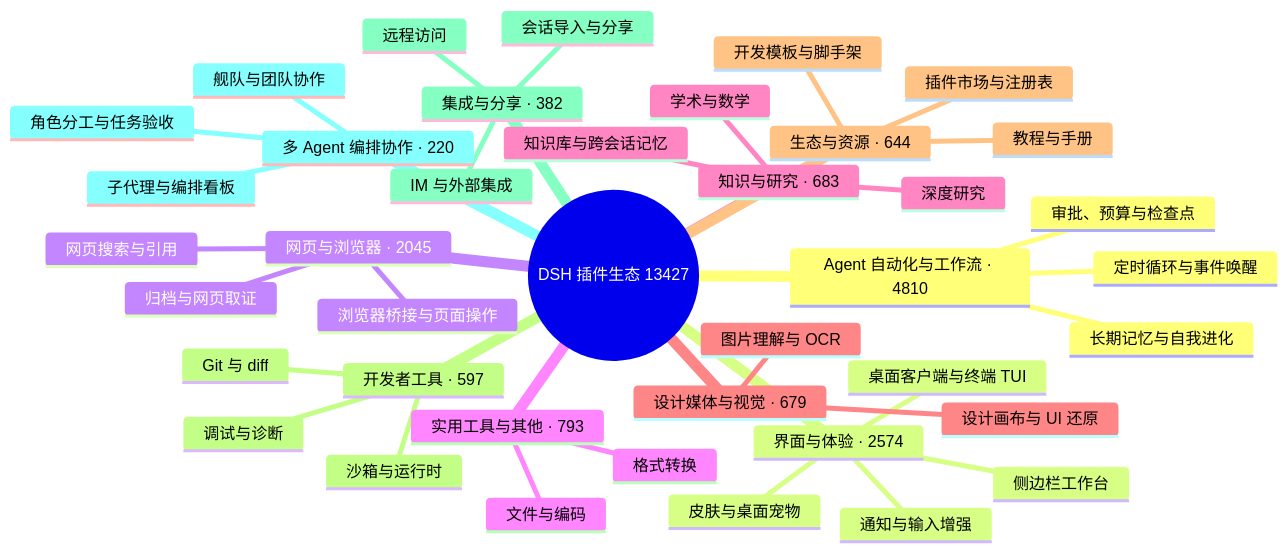
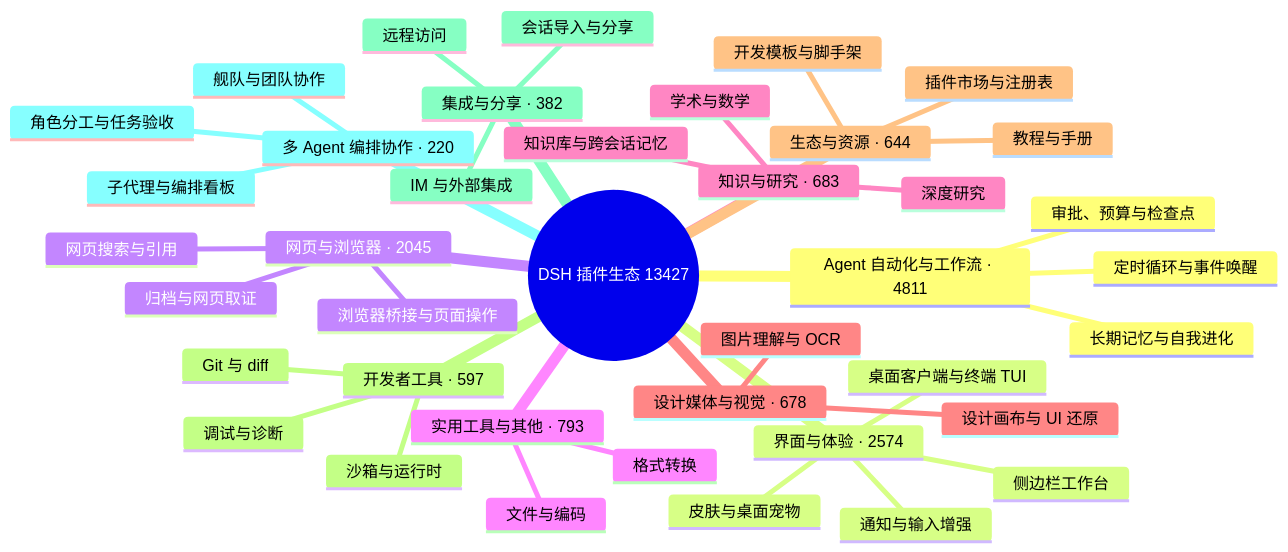
Before and after one commit to bruc3van/awesome-dsh-plugin: the diagram in README.md, drawn with Mermaid. The commit also changed 5 other files, not shown here.

````diff
--- a/README.md
+++ b/README.md
@@ -32,43 +32,43 @@
 ```mermaid
 mindmap
   root((DSH 插件生态 13427))
-    Agent 自动化与工作流 · 4810
+    Agent 自动化与工作流 · 4811
       定时循环与事件唤醒
       长期记忆与自我进化
       审批、预算与检查点
     界面与体验 · 2574
       桌面客户端与终端 TUI
       侧边栏工作台
       皮肤与桌面宠物
       通知与输入增强
     网页与浏览器 · 2045
       浏览器桥接与页面操作
       网页搜索与引用
       归档与网页取证
     实用工具与其他 · 793
       文件与编码
       格式转换
     知识与研究 · 683
       知识库与跨会话记忆
       深度研究
       学术与数学
-    设计媒体与视觉 · 679
+    设计媒体与视觉 · 678
       图片理解与 OCR
       设计画布与 UI 还原
     生态与资源 · 644
       插件市场与注册表
       开发模板与脚手架
       教程与手册
     开发者工具 · 597
       Git 与 diff
       沙箱与运行时
       调试与诊断
     集成与分享 · 382
       会话导入与分享
       远程访问
       IM 与外部集成
     多 Agent 编排协作 · 220
       子代理与编排看板
       舰队与团队协作
       角色分工与任务验收
 ```
````
